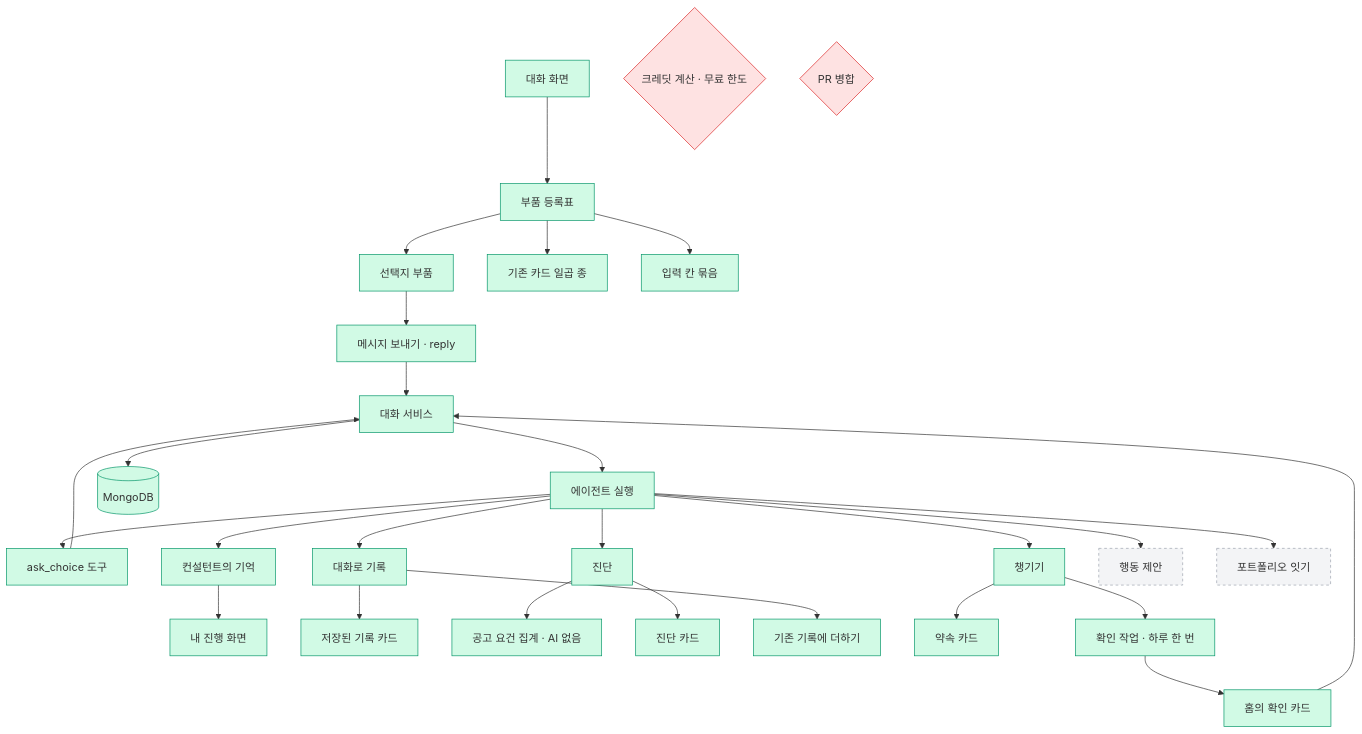
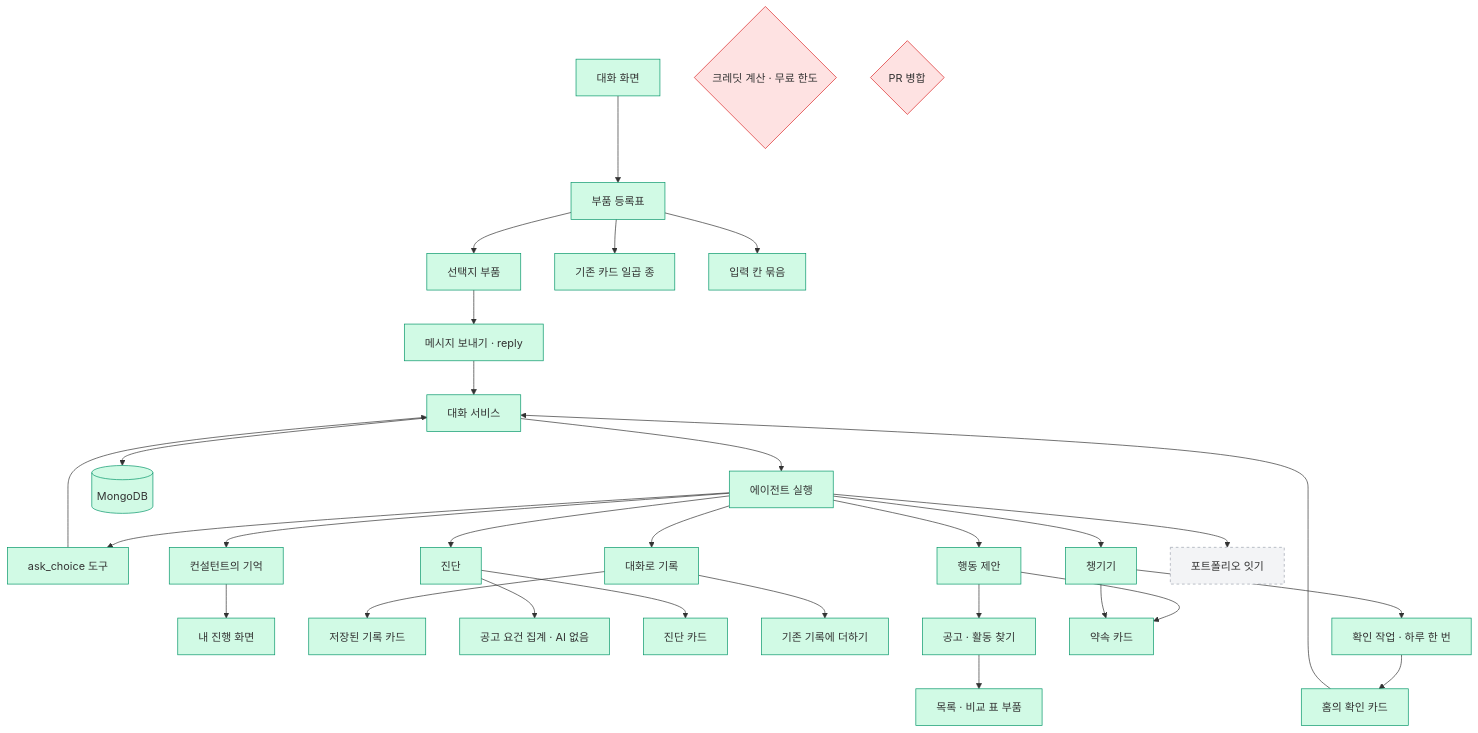
One commit to Expresso-Organization/expresso changed the diagram in .sitrep/sessions/20261120-0230-expresso-ai-consultant/arch.mmd. Above: the diagram before and after it, drawn with Mermaid. The commit also changed 12 other files, not shown here.

```diff
--- a/.sitrep/sessions/20261120-0230-expresso-ai-consultant/arch.mmd
+++ b/.sitrep/sessions/20261120-0230-expresso-ai-consultant/arch.mmd
@@ -1,35 +1,38 @@
 flowchart TD
   U[대화 화면] --> REG[부품 등록표]
   REG --> CH[선택지 부품]
   REG --> CARD[기존 카드 일곱 종]
   CH --> SEND[메시지 보내기 · reply]
   SEND --> SVC[대화 서비스]
   SVC --> RT[에이전트 실행]
   RT --> ASK[ask_choice 도구]
   ASK --> SVC
   RT --> MEM[컨설턴트의 기억]
   RT --> REC[대화로 기록]
   RT --> FU[챙기기]
   RT --> DG[진단]
   RT --> AC[행동 제안]
   RT --> PF[포트폴리오 잇기]
   SVC --> DB[(MongoDB)]
   CR{크레딧 계산 · 무료 한도}
   MG{PR 병합}
   classDef done fill:#d1fae5,stroke:#059669
   classDef doing fill:#fef3c7,stroke:#d97706
   classDef decide fill:#fee2e2,stroke:#dc2626
   classDef todo fill:#f3f4f6,stroke:#9ca3af,stroke-dasharray:4
   MEM --> PROG[내 진행 화면]
   REC --> SAVED[저장된 기록 카드]
   REG --> FORM[입력 칸 묶음]
   DG --> DEMAND[공고 요건 집계 · AI 없음]
   DG --> DCARD[진단 카드]
   REC --> APPEND[기존 기록에 더하기]
+  AC --> FIND[공고 · 활동 찾기]
+  FIND --> LIST[목록 · 비교 표 부품]
+  AC --> COMMIT
   FU --> COMMIT[약속 카드]
   FU --> JOB[확인 작업 · 하루 한 번]
   JOB --> HOME[홈의 확인 카드]
   HOME --> SVC
-  class U,REG,CH,CARD,SEND,SVC,RT,ASK,DB,MEM,PROG,REC,SAVED,FORM,FU,COMMIT,JOB,HOME,DG,DEMAND,DCARD,APPEND done
-  class AC,PF todo
+  class U,REG,CH,CARD,SEND,SVC,RT,ASK,DB,MEM,PROG,REC,SAVED,FORM,FU,COMMIT,JOB,HOME,DG,DEMAND,DCARD,APPEND,AC,FIND,LIST done
+  class PF todo
   class CR,MG decide
```
